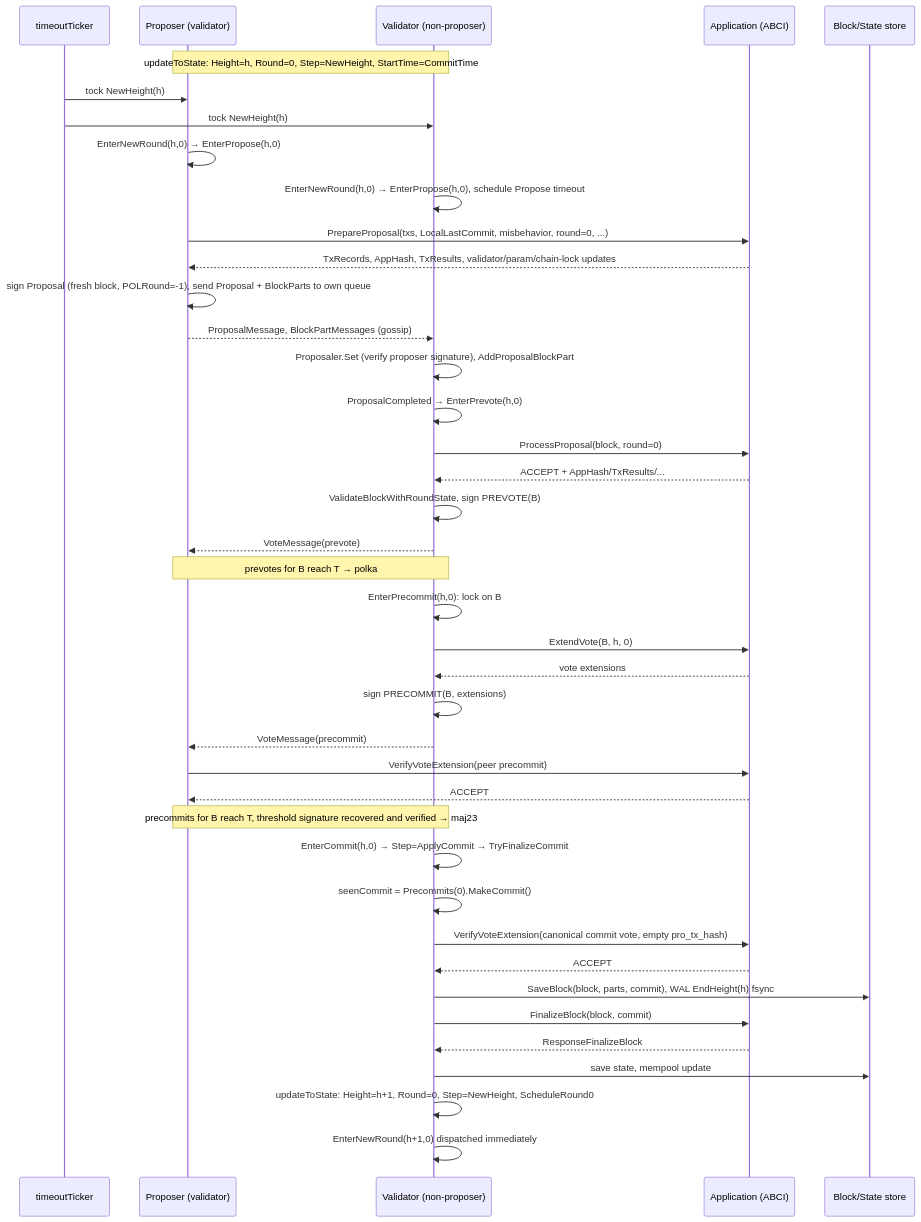
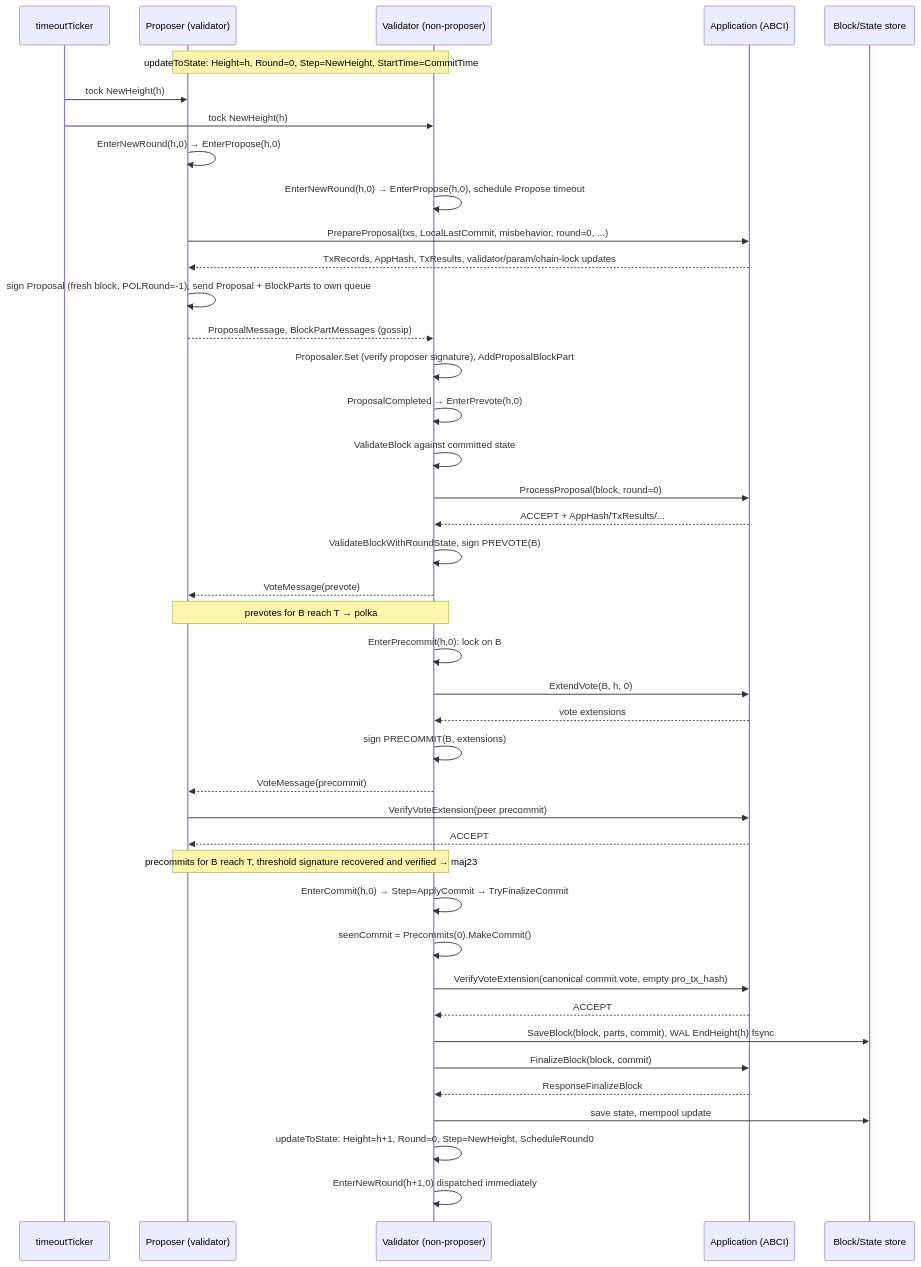
The diagram in spec/consensus/consensus-happy-path.md (dashpay/tenderdash), drawn with Mermaid before and after one commit. The commit also changed other lines of this file and 16 other files, not shown here.

First line of the commit message:
fix(consensus): validate a proposed block against state before ProcessProposal (#1616)

````diff
--- a/spec/consensus/consensus-happy-path.md
+++ b/spec/consensus/consensus-happy-path.md
@@ -16,43 +16,44 @@
 ```mermaid
 sequenceDiagram
     participant T as timeoutTicker
     participant P as Proposer (validator)
     participant V as Validator (non-proposer)
     participant A as Application (ABCI)
     participant S as Block/State store
 
     Note over P,V: updateToState: Height=h, Round=0, Step=NewHeight, StartTime=CommitTime
     T->>P: tock NewHeight(h)
     T->>V: tock NewHeight(h)
     P->>P: EnterNewRound(h,0) → EnterPropose(h,0)
     V->>V: EnterNewRound(h,0) → EnterPropose(h,0), schedule Propose timeout
     P->>A: PrepareProposal(txs, LocalLastCommit, misbehavior, round=0, ...)
     A-->>P: TxRecords, AppHash, TxResults, validator/param/chain-lock updates
     P->>P: sign Proposal (fresh block, POLRound=-1), send Proposal + BlockParts to own queue
     P-->>V: ProposalMessage, BlockPartMessages (gossip)
     V->>V: Proposaler.Set (verify proposer signature), AddProposalBlockPart
     V->>V: ProposalCompleted → EnterPrevote(h,0)
+    V->>V: ValidateBlock against committed state
     V->>A: ProcessProposal(block, round=0)
     A-->>V: ACCEPT + AppHash/TxResults/...
     V->>V: ValidateBlockWithRoundState, sign PREVOTE(B)
     V-->>P: VoteMessage(prevote)
     Note over P,V: prevotes for B reach T → polka
     V->>V: EnterPrecommit(h,0): lock on B
     V->>A: ExtendVote(B, h, 0)
     A-->>V: vote extensions
     V->>V: sign PRECOMMIT(B, extensions)
     V-->>P: VoteMessage(precommit)
     P->>A: VerifyVoteExtension(peer precommit)
     A-->>P: ACCEPT
     Note over P,V: precommits for B reach T, threshold signature recovered and verified → maj23
     V->>V: EnterCommit(h,0) → Step=ApplyCommit → TryFinalizeCommit
     V->>V: seenCommit = Precommits(0).MakeCommit()
     V->>A: VerifyVoteExtension(canonical commit vote, empty pro_tx_hash)
     A-->>V: ACCEPT
     V->>S: SaveBlock(block, parts, commit), WAL EndHeight(h) fsync
     V->>A: FinalizeBlock(block, commit)
     A-->>V: ResponseFinalizeBlock
     V->>S: save state, mempool update
     V->>V: updateToState: Height=h+1, Round=0, Step=NewHeight, ScheduleRound0
     V->>V: EnterNewRound(h+1,0) dispatched immediately
 ```
````
